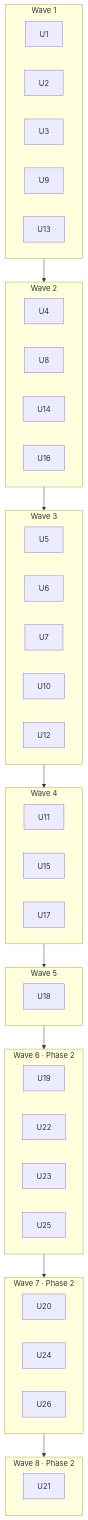
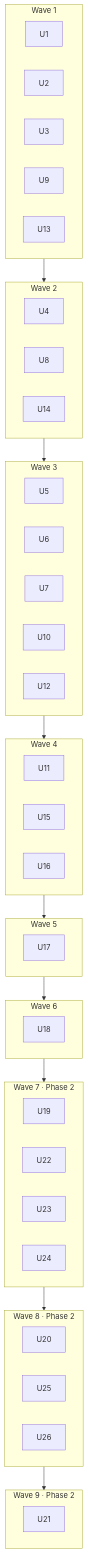
Before and after one commit to saroh-labs/saroh.in: the second of 2 diagrams in docs/plans/2026-10-19-003-feat-site-templates-v2-plan.md, drawn with Mermaid. The commit also changed other lines of this file and 1 other file, not shown here.

````diff
--- a/docs/plans/2026-10-19-003-feat-site-templates-v2-plan.md
+++ b/docs/plans/2026-10-19-003-feat-site-templates-v2-plan.md
@@ -1235,29 +1363,32 @@
 ```mermaid
 flowchart TB
   subgraph W1[Wave 1]
     U1 & U2 & U3 & U9 & U13
   end
   subgraph W2[Wave 2]
-    U4 & U8 & U14 & U16
+    U4 & U8 & U14
   end
   subgraph W3[Wave 3]
     U5 & U6 & U7 & U10 & U12
   end
   subgraph W4[Wave 4]
-    U11 & U15 & U17
+    U11 & U15 & U16
   end
   subgraph W5[Wave 5]
+    U17
+  end
+  subgraph W6[Wave 6]
     U18
   end
-  W1 --> W2 --> W3 --> W4 --> W5
-  subgraph P2a[Wave 6 · Phase 2]
-    U19 & U22 & U23 & U25
+  W1 --> W2 --> W3 --> W4 --> W5 --> W6
+  subgraph P2a[Wave 7 · Phase 2]
+    U19 & U22 & U23 & U24
   end
-  subgraph P2b[Wave 7 · Phase 2]
-    U20 & U24 & U26
+  subgraph P2b[Wave 8 · Phase 2]
+    U20 & U25 & U26
   end
-  subgraph P2c[Wave 8 · Phase 2]
+  subgraph P2c[Wave 9 · Phase 2]
     U21
   end
-  W5 --> P2a --> P2b --> P2c
+  W6 --> P2a --> P2b --> P2c
 ```
````
